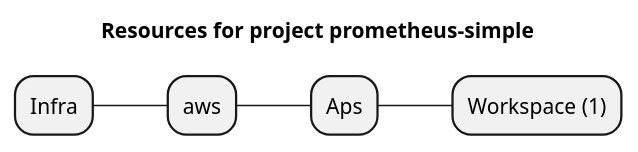
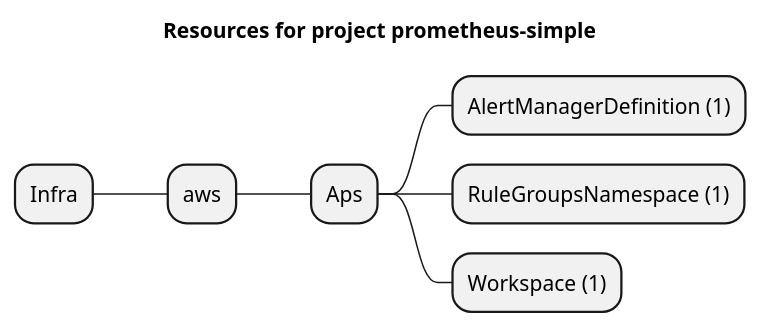
One commit to grucloud/grucloud changed the diagram in examples/aws/Aps/prometheus-simple/artifacts/resources-mindmap.puml. Above: the diagram before and after it, drawn with PlantUML. The commit also changed 13 other files, not shown here.

Commit message:
AlertManagerDefinition

```diff
--- a/examples/aws/Aps/prometheus-simple/artifacts/resources-mindmap.puml
+++ b/examples/aws/Aps/prometheus-simple/artifacts/resources-mindmap.puml
@@ -1,8 +1,10 @@
 @startmindmap
 title Resources for project prometheus-simple
 skinparam monochrome true
 + Infra
 ++ aws
 +++ Aps
+++++ AlertManagerDefinition (1)
+++++ RuleGroupsNamespace (1)
 ++++ Workspace (1)
 @endmindmap
```
